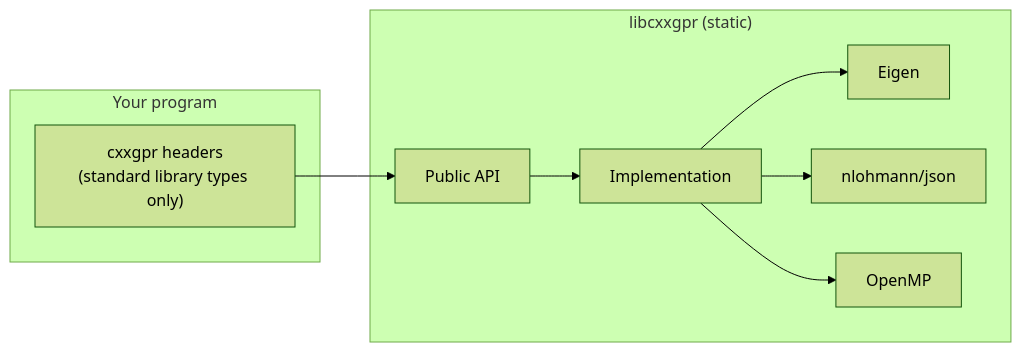
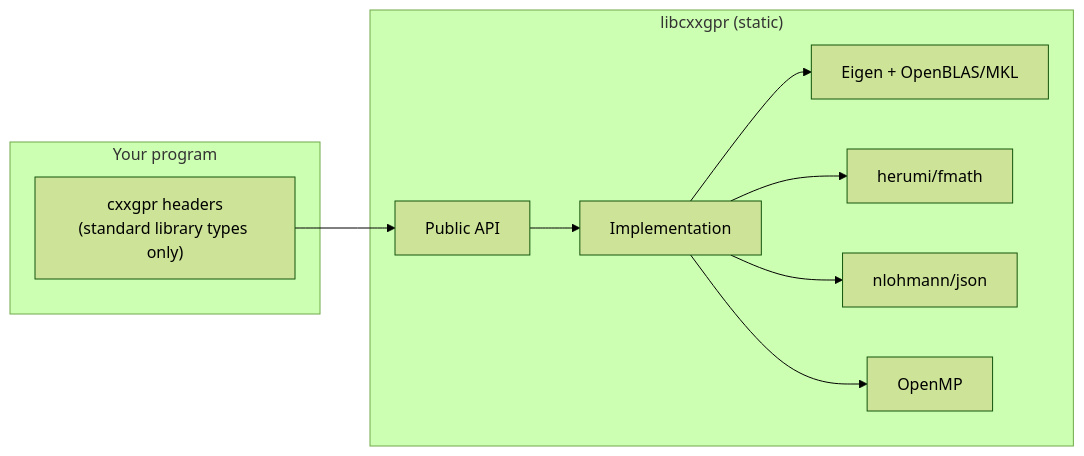
The second of 3 diagrams in docs/en/explanation/design-principles.md (YUKIKEDA/cxxgpr), drawn with Mermaid (forest theme) before and after one commit. The commit also changed other lines of this file and 79 other files, not shown here.

First line of the commit message:
refactor(linalg,kernel): use external BLAS, fmath exp, and arbitrary-d ARD incremental updates

````diff
--- a/docs/en/explanation/design-principles.md
+++ b/docs/en/explanation/design-principles.md
@@ -79,13 +79,14 @@
 ```{mermaid}
 flowchart LR
   subgraph yours ["Your program"]
     U["cxxgpr headers<br/>(standard library types only)"]
   end
   subgraph lib ["libcxxgpr (static)"]
     API["Public API"] --> IMPL["Implementation"]
-    IMPL --> E["Eigen"]
+    IMPL --> E["Eigen + OpenBLAS/MKL"]
+    IMPL --> F["herumi/fmath"]
     IMPL --> J["nlohmann/json"]
     IMPL --> O["OpenMP"]
   end
   U --> API
 ```
````
